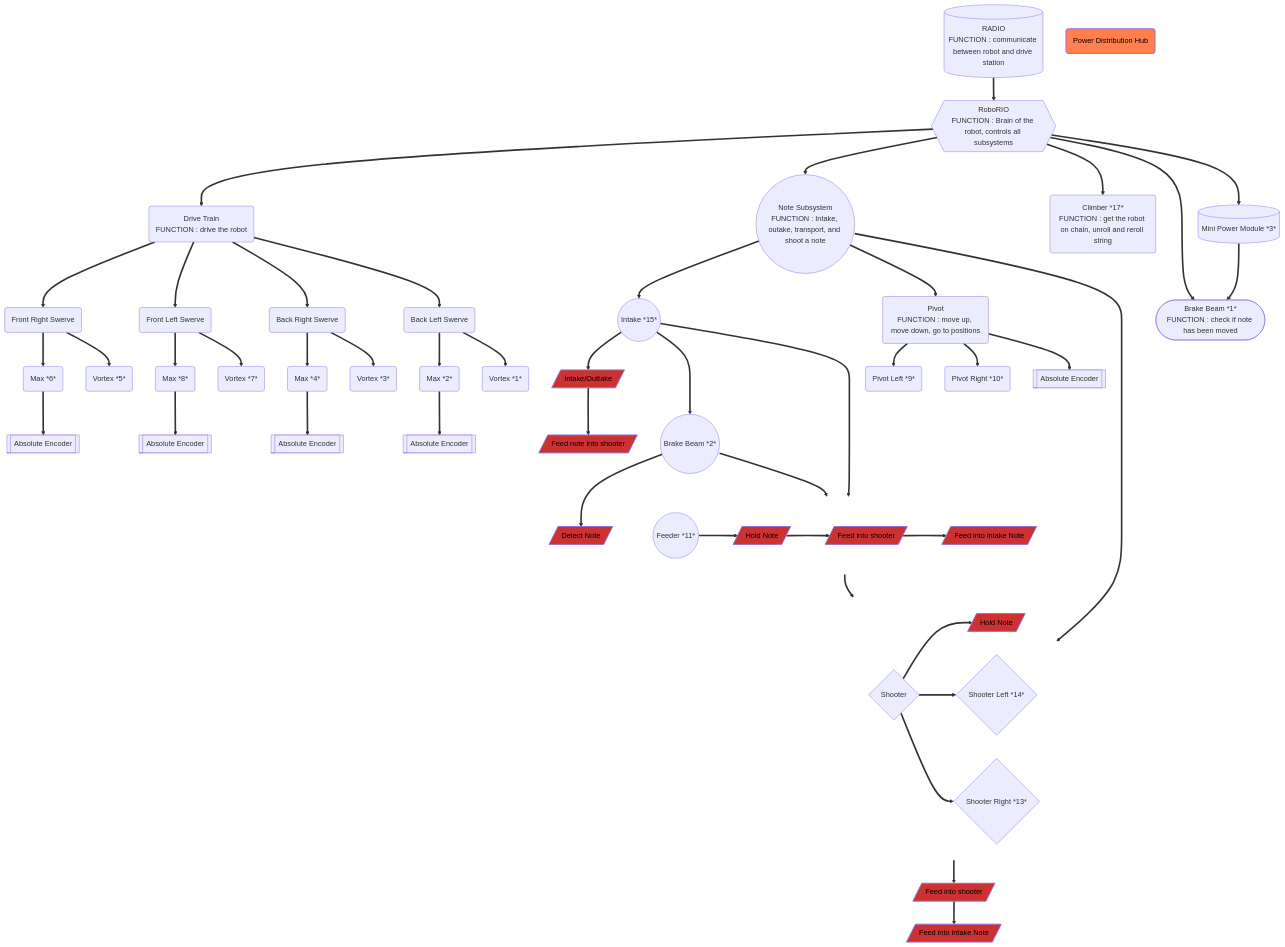
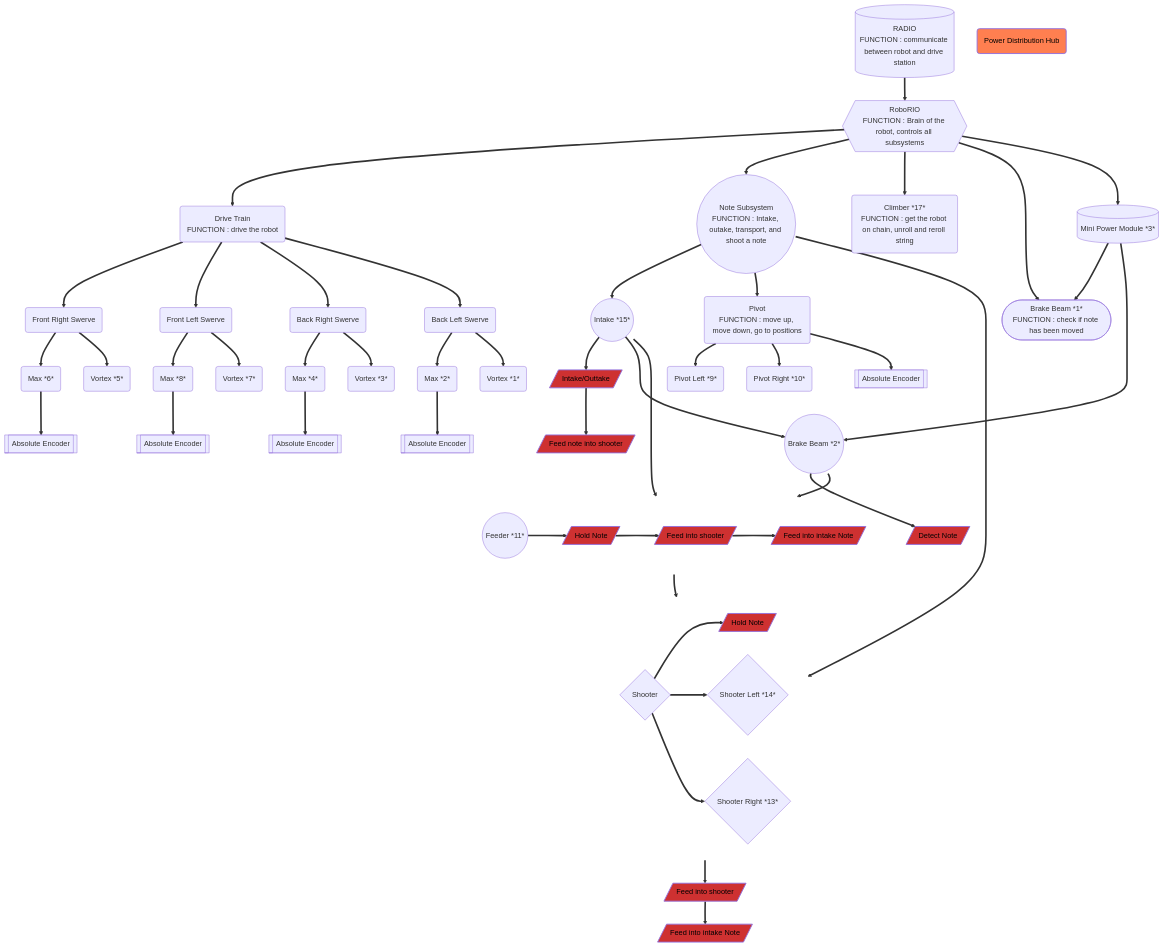
One commit to richardson-area-wide-robotics/Frc24-Crescendo-1745-OffSeason-AdvantageKit changed the diagram in tony_graphs.md. Above: the diagram before and after it, drawn with Mermaid.

````diff
--- a/tony_graphs.md
+++ b/tony_graphs.md
@@ -1,81 +1,82 @@
 ```mermaid
 
 graph TD;
     subgraph invisibleShooterGroup
         direction LR
         ShooterSystem{Shooter};
         ShooterSystem==>FUNCSHOOTER;
         ShooterSystem==>ShooterLeft{Shooter Left *14*};
         ShooterSystem==>ShooterRight{Shooter Right *13*};
     end
 
 subgraph invisibleFeederGroup
         direction LR
         FeederSystem ==>FUNCFEEDER;
         FUNCFEEDER[/Hold Note/] ==>FUNCFEEDER2;
         FUNCFEEDER2[/Feed into shooter/] ==> FUNCFEEDER3;
         FUNCFEEDER3[/Feed into intake Note/];
     end
 
     RoboRIO{{RoboRIO
 FUNCTION : Brain of the robot, controls all subsystems}}==>DriveTrain;
     DriveTrain(Drive Train
 FUNCTION : drive the robot );
     RoboRIO==>NoteSubsystem((Note Subsystem
 FUNCTION : Intake, outake, transport, and shoot a note));
     NoteSubsystem==>IntakeSystem((Intake *15*));
     NoteSubsystem==>ShooterSystem;
     RoboRIO==>ClimberSystem(Climber *17*
 FUNCTION : get the robot on chain, unroll and reroll string);
     IntakeSystem==>FeederSystem((Feeder *11*))==>ShooterSystem;
     IntakeSystem==>FUNCINTAKE1;
     NoteSubsystem==>PivotSystem(Pivot
 FUNCTION : move up, move down, go to positions);
     PivotSystem==>PivotLeft(Pivot Left *9*);
     PivotSystem==>PivotRight(Pivot Right *10*);
     DriveTrain==>FrontRightSwerve(Front Right Swerve);
     DriveTrain==>FrontLeftSwerve(Front Left Swerve);
     DriveTrain==>BackRightSwerve(Back Right Swerve);
     DriveTrain==>BackLeftSwerve(Back Left Swerve);
     FrontRightSwerve==>MaxFR(Max *6*);
     FrontLeftSwerve==>MaxFL(Max *8*);
     BackRightSwerve==>MaxBR(Max *4*);
     BackLeftSwerve==>MaxBL(Max *2*);
     FrontRightSwerve==>VortexFR(Vortex *5*);
     FrontLeftSwerve==>VortexFL(Vortex *7*);
     BackRightSwerve==>VortexBR(Vortex *3*);
     BackLeftSwerve==>VortexBL(Vortex *1*);
     MaxFR==>EncoderFR[[Absolute Encoder]];
     MaxFL==>EncoderFL[[Absolute Encoder]];
     MaxBR==>EncoderBR[[Absolute Encoder]];
     MaxBL==>EncoderBL[[Absolute Encoder]];
     PivotSystem==>PivotEncoder[[Absolute Encoder]];
     IntakeSystem===>BrakeBeamNote((Brake Beam *2*))==>FeederSystem;
     BrakeBeamNote==>FUNCBREAKBEAM;
     RoboRIO==>ShooterBrakeBeam([Brake Beam *1*
 FUNCTION : check if note has been moved]);
     RoboRIO==>MiniPowerModule[(Mini Power Module *3*)]==>ShooterBrakeBeam;
+    MiniPowerModule[(Mini Power Module *3*)]==>BrakeBeamNote;
     RADIO[(RADIO
 FUNCTION : communicate between robot and drive station)]==>RoboRIO;
     FUNCINTAKE1[/Intake/Outtake/]==>FUNCINTAKE2;
     FUNCINTAKE2[/Feed note into shooter/];
     FUNCBREAKBEAM[/Detect Note/];
     FUNCSHOOTER[/Hold Note/] ==>FUNCSHOOTER2;
     FUNCSHOOTER2[/Feed into shooter/] ==> FUNCSHOOTER3;
     FUNCSHOOTER3[/Feed into intake Note/];
 
     PDH(Power Distribution Hub);
 
     classDef fuctionStyle fill:#ce3131,stroke-width:2px,color:#000;
     class FUNCINTAKE1,FUNCINTAKE2,FUNCINTAKE3,FUNCBREAKBEAM,FUNCFEEDER,FUNCFEEDER2,FUNCFEEDER3,FUNCSHOOTER,FUNCSHOOTER2,FUNCSHOOTER3 fuctionStyle;
 
     classDef invisible fill:none,stroke:none,color:transparent;
     class invisibleShooterGroup,invisibleFeederGroup invisible;
 
     classDef powerStyle fill:#ff7f50,stroke-width:2px,color:#000;
     class PDH powerStyle;
 
     linkStyle default interpolate basis;
 
 
 ```
````
